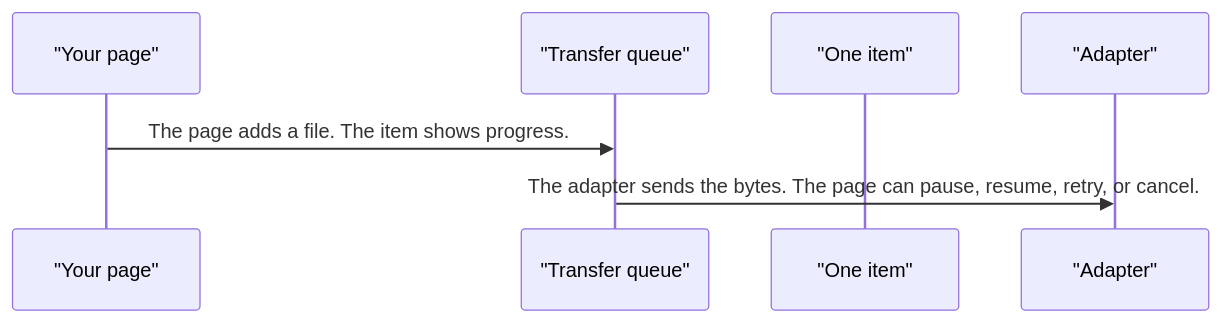
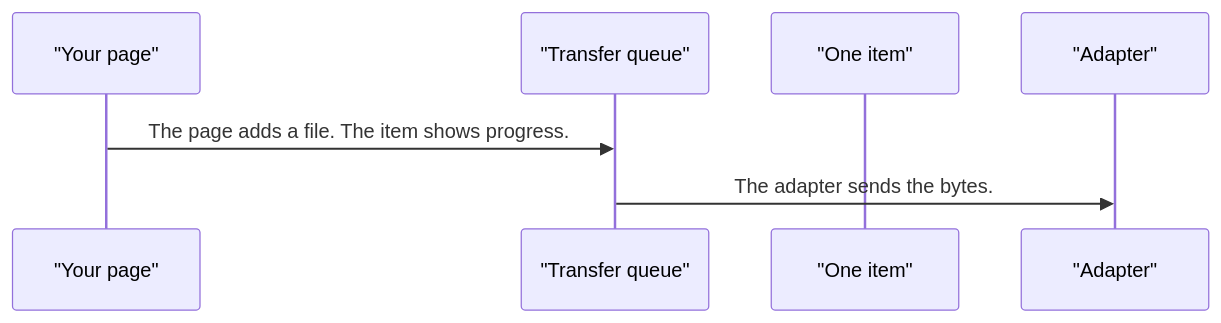
The second of 4 diagrams in projects/pixel-ui/src/lib/services/file-transfer/DESIGN.md (RajshekharBorate/pixel-ui), drawn with Mermaid before and after one commit. The commit also changed other lines of this file and 80 other files, not shown here.

Commit message:
Fill missing design flows and correct the stories that did not match component behavior.

````diff
--- a/projects/pixel-ui/src/lib/services/file-transfer/DESIGN.md
+++ b/projects/pixel-ui/src/lib/services/file-transfer/DESIGN.md
@@ -54,9 +54,9 @@
 ```mermaid
 sequenceDiagram
   participant page as "Your page"
   participant queue as "Transfer queue"
   participant item as "One item"
   participant adapter as "Adapter"
   page->>queue: The page adds a file. The item shows progress.
-  queue->>adapter: The adapter sends the bytes. The page can pause, resume, retry, or cancel.
+  queue->>adapter: The adapter sends the bytes.
 ```
````
